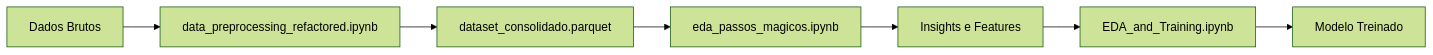
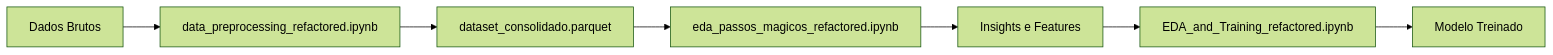
One commit to Fiap-Pos-tech-5MLET/fase-5 changed the diagram in notebooks/README.md. Above: the diagram before and after it, drawn with Mermaid (forest theme). The commit also changed other lines of this file, not shown here.

````diff
--- a/notebooks/README.md
+++ b/notebooks/README.md
@@ -107,9 +118,9 @@
 ```mermaid
 flowchart LR
     A[Dados Brutos] --> B[data_preprocessing_refactored.ipynb]
     B --> C[dataset_consolidado.parquet]
-    C --> D[eda_passos_magicos.ipynb]
+    C --> D[eda_passos_magicos_refactored.ipynb]
     D --> E[Insights e Features]
-    E --> F[EDA_and_Training.ipynb]
+    E --> F[EDA_and_Training_refactored.ipynb]
     F --> G[Modelo Treinado]
 ```
````
